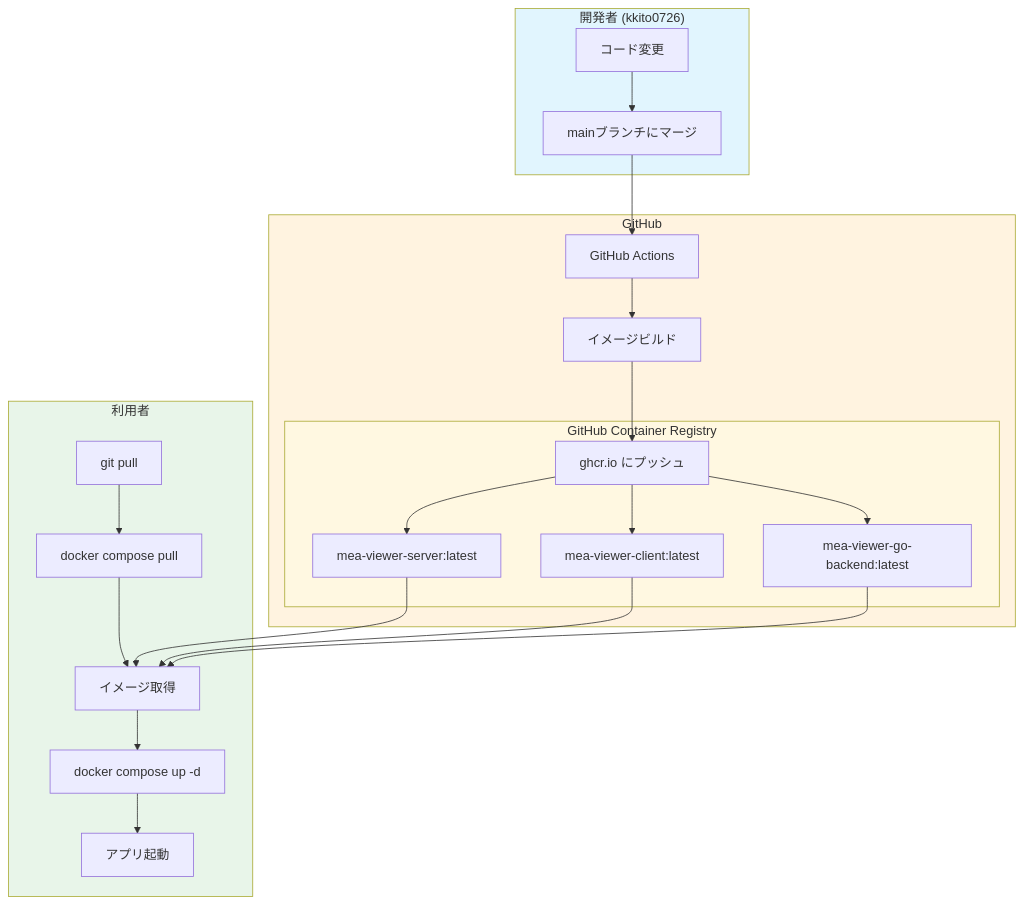
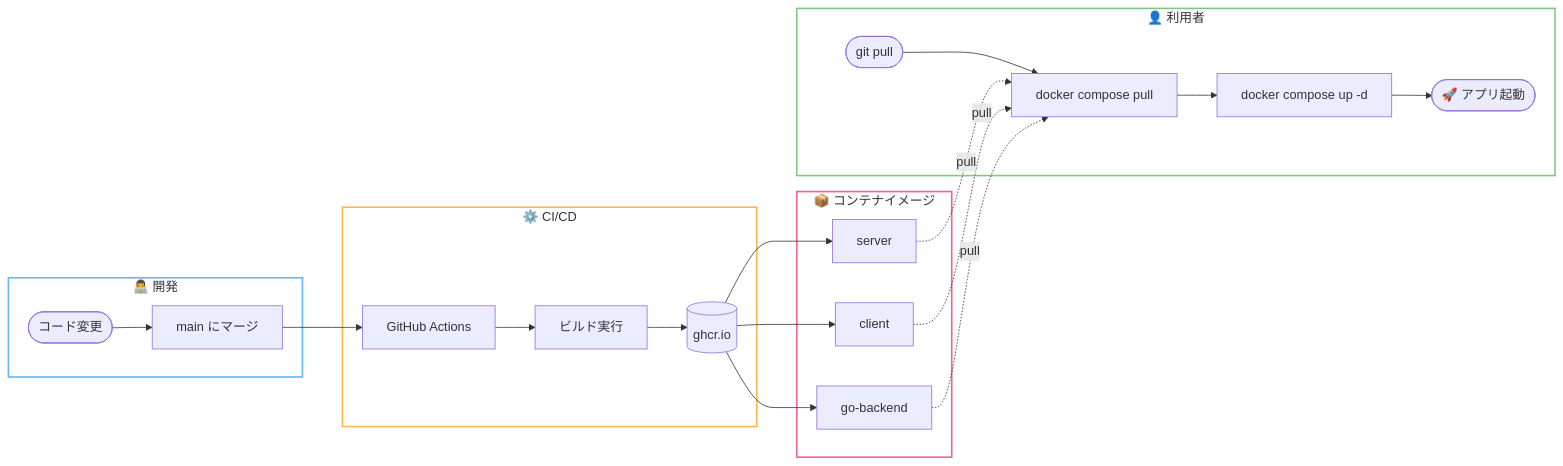
One commit to kkito0726/mea-viewer changed the diagram in README.md. Above: the diagram before and after it, drawn with Mermaid.

Commit message:
オペレーションフロー図修正

````diff
--- a/README.md
+++ b/README.md
@@ -96,33 +96,32 @@
 ```mermaid
-flowchart TB
-    subgraph 開発者["開発者 (kkito0726)"]
-        A[コード変更] --> B[mainブランチにマージ]
+flowchart LR
+    subgraph DEV["👨‍💻 開発"]
+        A([コード変更]) --> B[main にマージ]
     end
 
-    subgraph GitHub["GitHub"]
-        B --> C[GitHub Actions]
-        C --> D[イメージビルド]
-        D --> E[ghcr.io にプッシュ]
-
-        subgraph GHCR["GitHub Container Registry"]
-            E --> F[mea-viewer-server:latest]
-            E --> G[mea-viewer-client:latest]
-            E --> H[mea-viewer-go-backend:latest]
-        end
+    subgraph CI["⚙️ CI/CD"]
+        C[GitHub Actions] --> D[ビルド実行]
+        D --> E[(ghcr.io)]
     end
 
-    subgraph 利用者["利用者"]
-        I[git pull] --> J[docker compose pull]
-        J --> K[イメージ取得]
-        F --> K
-        G --> K
-        H --> K
-        K --> L[docker compose up -d]
-        L --> M[アプリ起動]
+    subgraph IMAGES["📦 コンテナイメージ"]
+        F[server]
+        G[client]
+        H[go-backend]
     end
 
-    style 開発者 fill:#e1f5fe
-    style GitHub fill:#fff3e0
-    style GHCR fill:#fff8e1
-    style 利用者 fill:#e8f5e9
+    subgraph USER["👤 利用者"]
+        I([git pull]) --> J[docker compose pull]
+        J --> K[docker compose up -d]
+        K --> L([🚀 アプリ起動])
+    end
+
+    B --> C
+    E --> F & G & H
+    F & G & H -.->|pull| J
+
+    style DEV fill:transparent,stroke:#64b5f6,stroke-width:2px
+    style CI fill:transparent,stroke:#ffb74d,stroke-width:2px
+    style IMAGES fill:transparent,stroke:#f06292,stroke-width:2px
+    style USER fill:transparent,stroke:#81c784,stroke-width:2px
 ```
````
